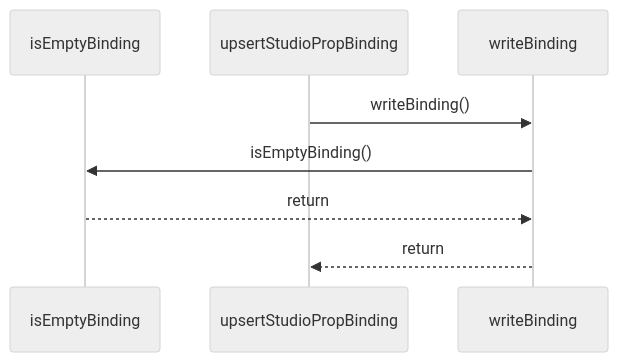
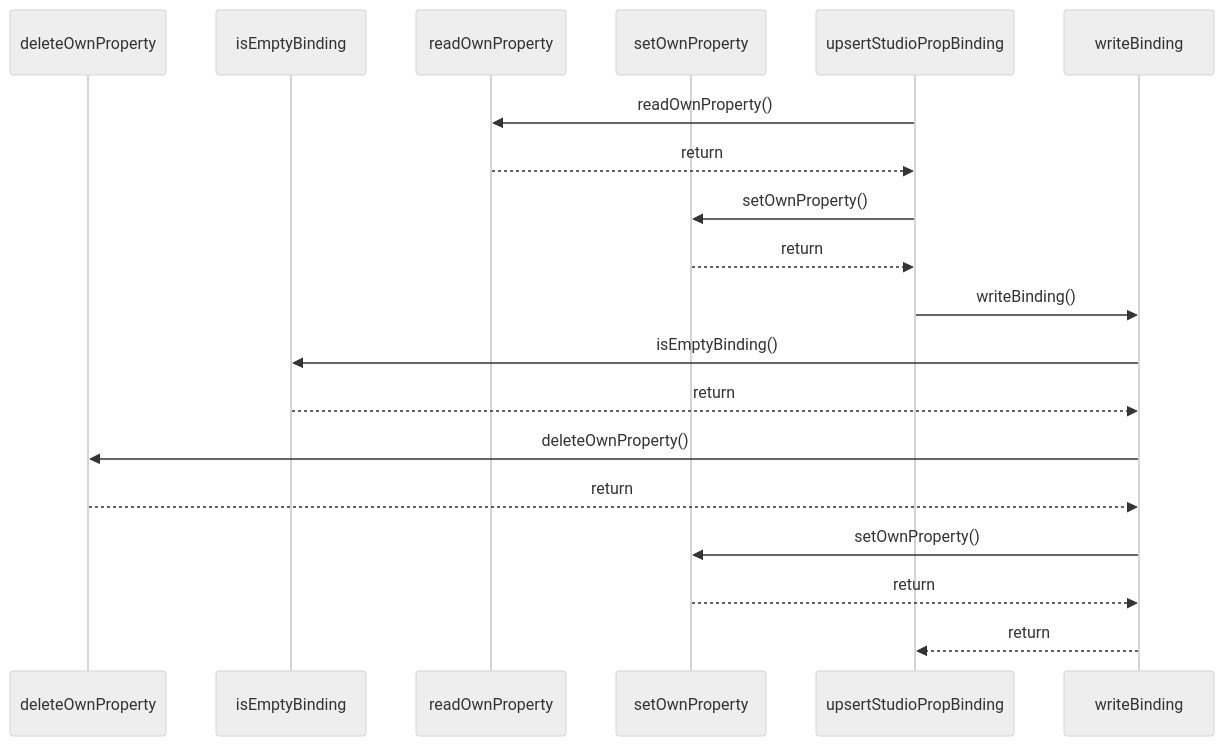
One commit to ankhorage/studio changed the diagram in paradox/diagrams/sequences/upsert-studio-prop-binding.mmd. Above: the diagram before and after it, drawn with Mermaid (neutral theme). The commit also changed 18 other files, not shown here.

```diff
--- a/paradox/diagrams/sequences/upsert-studio-prop-binding.mmd
+++ b/paradox/diagrams/sequences/upsert-studio-prop-binding.mmd
@@ -1,8 +1,19 @@
 sequenceDiagram
+  participant participant_deleteOwnProperty as deleteOwnProperty
   participant participant_isEmptyBinding as isEmptyBinding
+  participant participant_readOwnProperty as readOwnProperty
+  participant participant_setOwnProperty as setOwnProperty
   participant participant_upsertStudioPropBinding as upsertStudioPropBinding
   participant participant_writeBinding as writeBinding
+  participant_upsertStudioPropBinding->>participant_readOwnProperty: readOwnProperty()
+  participant_readOwnProperty-->>participant_upsertStudioPropBinding: return
+  participant_upsertStudioPropBinding->>participant_setOwnProperty: setOwnProperty()
+  participant_setOwnProperty-->>participant_upsertStudioPropBinding: return
   participant_upsertStudioPropBinding->>participant_writeBinding: writeBinding()
   participant_writeBinding->>participant_isEmptyBinding: isEmptyBinding()
   participant_isEmptyBinding-->>participant_writeBinding: return
+  participant_writeBinding->>participant_deleteOwnProperty: deleteOwnProperty()
+  participant_deleteOwnProperty-->>participant_writeBinding: return
+  participant_writeBinding->>participant_setOwnProperty: setOwnProperty()
+  participant_setOwnProperty-->>participant_writeBinding: return
   participant_writeBinding-->>participant_upsertStudioPropBinding: return
```
